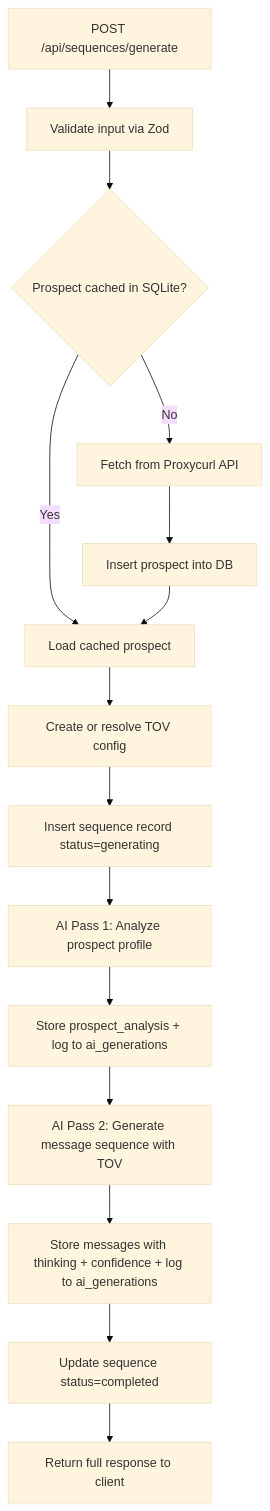
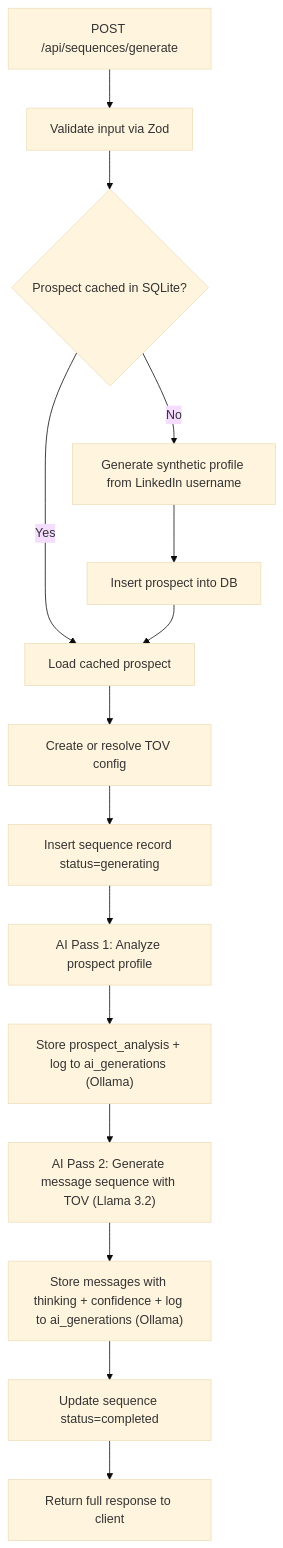
The second of 2 diagrams in .cursor/plans/linkedin_sequence_generator_505135ff.plan.md (AhmedHashem2104/backend-task-ai), drawn with Mermaid (base theme) before and after one commit. The commit also changed other lines of this file, not shown here.

````diff
--- a/.cursor/plans/linkedin_sequence_generator_505135ff.plan.md
+++ b/.cursor/plans/linkedin_sequence_generator_505135ff.plan.md
@@ -269,17 +269,17 @@
 ```mermaid
 flowchart TD
     A["POST /api/sequences/generate"] --> B["Validate input via Zod"]
     B --> C{"Prospect cached in SQLite?"}
     C -- Yes --> E["Load cached prospect"]
-    C -- No --> D["Fetch from Proxycurl API"]
+    C -- No --> D["Generate synthetic profile from LinkedIn username"]
     D --> D2["Insert prospect into DB"]
     D2 --> E
     E --> F["Create or resolve TOV config"]
     F --> G["Insert sequence record status=generating"]
     G --> H["AI Pass 1: Analyze prospect profile"]
-    H --> I["Store prospect_analysis + log to ai_generations"]
-    I --> J["AI Pass 2: Generate message sequence with TOV"]
-    J --> K["Store messages with thinking + confidence + log to ai_generations"]
+    H --> I["Store prospect_analysis + log to ai_generations (Ollama)"]
+    I --> J["AI Pass 2: Generate message sequence with TOV (Llama 3.2)"]
+    J --> K["Store messages with thinking + confidence + log to ai_generations (Ollama)"]
     K --> L["Update sequence status=completed"]
     L --> M["Return full response to client"]
 ```
````
